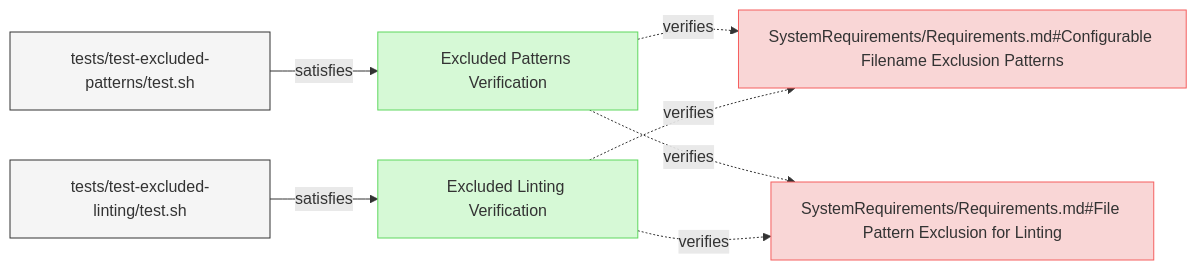
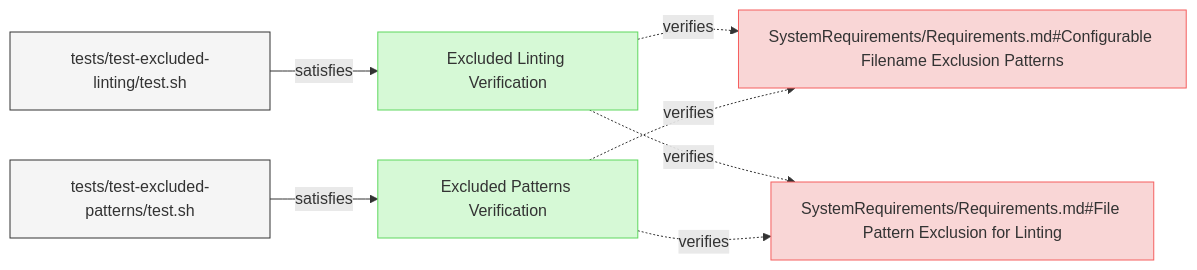
Before and after one commit to reqvire-org/reqvire: the third of 3 diagrams in specifications/Verifications/LintingTests.md, drawn with Mermaid. The commit also changed other lines of this file and 20 other files, not shown here.

````diff
--- a/specifications/Verifications/LintingTests.md
+++ b/specifications/Verifications/LintingTests.md
@@ -247,33 +247,33 @@
 ```mermaid
 graph LR;
   %% Graph styling
   classDef requirement fill:#f9d6d6,stroke:#f55f5f,stroke-width:1px;
   classDef verification fill:#d6f9d6,stroke:#5fd75f,stroke-width:1px;
   classDef externalLink fill:#d0e0ff,stroke:#3080ff,stroke-width:1px;
   classDef default fill:#f5f5f5,stroke:#333333,stroke-width:1px;
 
-  3cea1c7ac2f7a8c5["Excluded Patterns Verification"];
-  click 3cea1c7ac2f7a8c5 "https://github.com/Reqvire/reqvire/blob/30536324899084e88969175e3613c971ffa6e108/specifications/Verifications/LintingTests.md#excluded-patterns-verification";
-  class 3cea1c7ac2f7a8c5 verification;
+  c63c04402c100a4a["Excluded Linting Verification"];
+  click c63c04402c100a4a "https://github.com/Reqvire/reqvire/blob/667635d4628fed400323f7df3689af2dbc2ad666/specifications/Verifications/LintingTests.md#excluded-linting-verification";
+  class c63c04402c100a4a verification;
   4bf74699f40f4a76["SystemRequirements/Requirements.md#Configurable Filename Exclusion Patterns"];
   class 4bf74699f40f4a76 requirement;
-  click 4bf74699f40f4a76 "https://github.com/Reqvire/reqvire/blob/30536324899084e88969175e3613c971ffa6e108/specifications/SystemRequirements/Requirements.md#configurable-filename-exclusion-patterns";
-  3cea1c7ac2f7a8c5 -.->|verifies| 4bf74699f40f4a76;
+  click 4bf74699f40f4a76 "https://github.com/Reqvire/reqvire/blob/667635d4628fed400323f7df3689af2dbc2ad666/specifications/SystemRequirements/Requirements.md#configurable-filename-exclusion-patterns";
+  c63c04402c100a4a -.->|verifies| 4bf74699f40f4a76;
   48e8a0b4b18111c4["SystemRequirements/Requirements.md#File Pattern Exclusion for Linting"];
   class 48e8a0b4b18111c4 requirement;
-  click 48e8a0b4b18111c4 "https://github.com/Reqvire/reqvire/blob/30536324899084e88969175e3613c971ffa6e108/specifications/SystemRequirements/Requirements.md#file-pattern-exclusion-for-linting";
+  click 48e8a0b4b18111c4 "https://github.com/Reqvire/reqvire/blob/667635d4628fed400323f7df3689af2dbc2ad666/specifications/SystemRequirements/Requirements.md#file-pattern-exclusion-for-linting";
+  c63c04402c100a4a -.->|verifies| 48e8a0b4b18111c4;
+  b2805e4d183be784["tests/test-excluded-linting/test.sh"];
+  class b2805e4d183be784 default;
+  click b2805e4d183be784 "https://github.com/Reqvire/reqvire/blob/667635d4628fed400323f7df3689af2dbc2ad666/tests/test-excluded-linting/test.sh";
+  b2805e4d183be784 -->|satisfies| c63c04402c100a4a;
+  3cea1c7ac2f7a8c5["Excluded Patterns Verification"];
+  click 3cea1c7ac2f7a8c5 "https://github.com/Reqvire/reqvire/blob/667635d4628fed400323f7df3689af2dbc2ad666/specifications/Verifications/LintingTests.md#excluded-patterns-verification";
+  class 3cea1c7ac2f7a8c5 verification;
+  3cea1c7ac2f7a8c5 -.->|verifies| 4bf74699f40f4a76;
   3cea1c7ac2f7a8c5 -.->|verifies| 48e8a0b4b18111c4;
   ec11a68aa5b4bdc1["tests/test-excluded-patterns/test.sh"];
   class ec11a68aa5b4bdc1 default;
-  click ec11a68aa5b4bdc1 "https://github.com/Reqvire/reqvire/blob/30536324899084e88969175e3613c971ffa6e108/tests/test-excluded-patterns/test.sh";
+  click ec11a68aa5b4bdc1 "https://github.com/Reqvire/reqvire/blob/667635d4628fed400323f7df3689af2dbc2ad666/tests/test-excluded-patterns/test.sh";
   ec11a68aa5b4bdc1 -->|satisfies| 3cea1c7ac2f7a8c5;
-  c63c04402c100a4a["Excluded Linting Verification"];
-  click c63c04402c100a4a "https://github.com/Reqvire/reqvire/blob/30536324899084e88969175e3613c971ffa6e108/specifications/Verifications/LintingTests.md#excluded-linting-verification";
-  class c63c04402c100a4a verification;
-  c63c04402c100a4a -.->|verifies| 4bf74699f40f4a76;
-  c63c04402c100a4a -.->|verifies| 48e8a0b4b18111c4;
-  b2805e4d183be784["tests/test-excluded-linting/test.sh"];
-  class b2805e4d183be784 default;
-  click b2805e4d183be784 "https://github.com/Reqvire/reqvire/blob/30536324899084e88969175e3613c971ffa6e108/tests/test-excluded-linting/test.sh";
-  b2805e4d183be784 -->|satisfies| c63c04402c100a4a;
 ```
````
